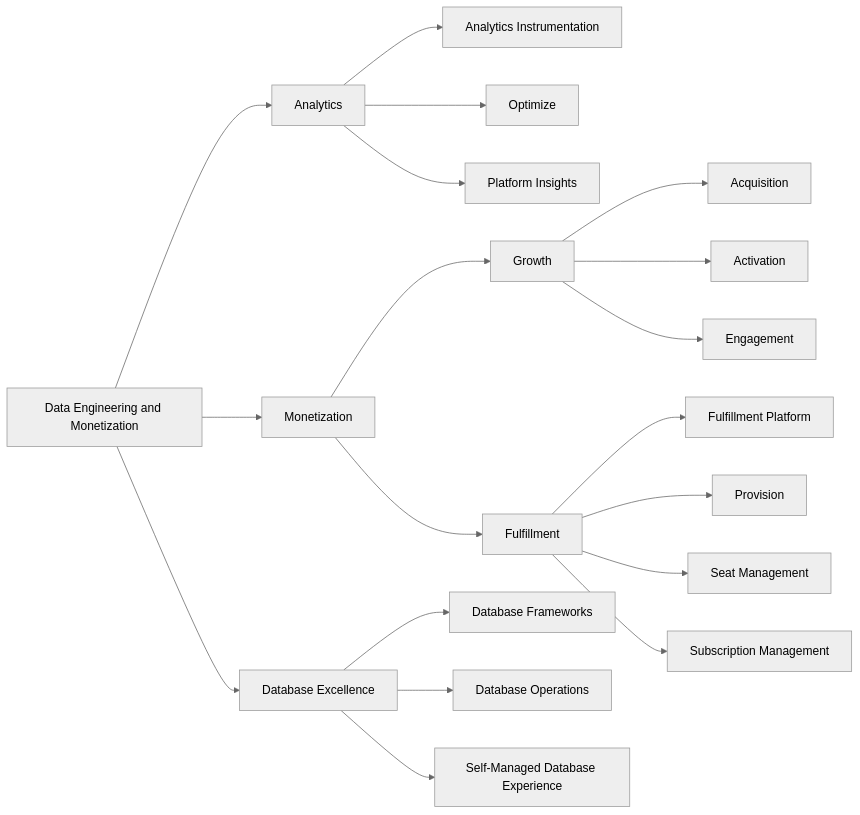
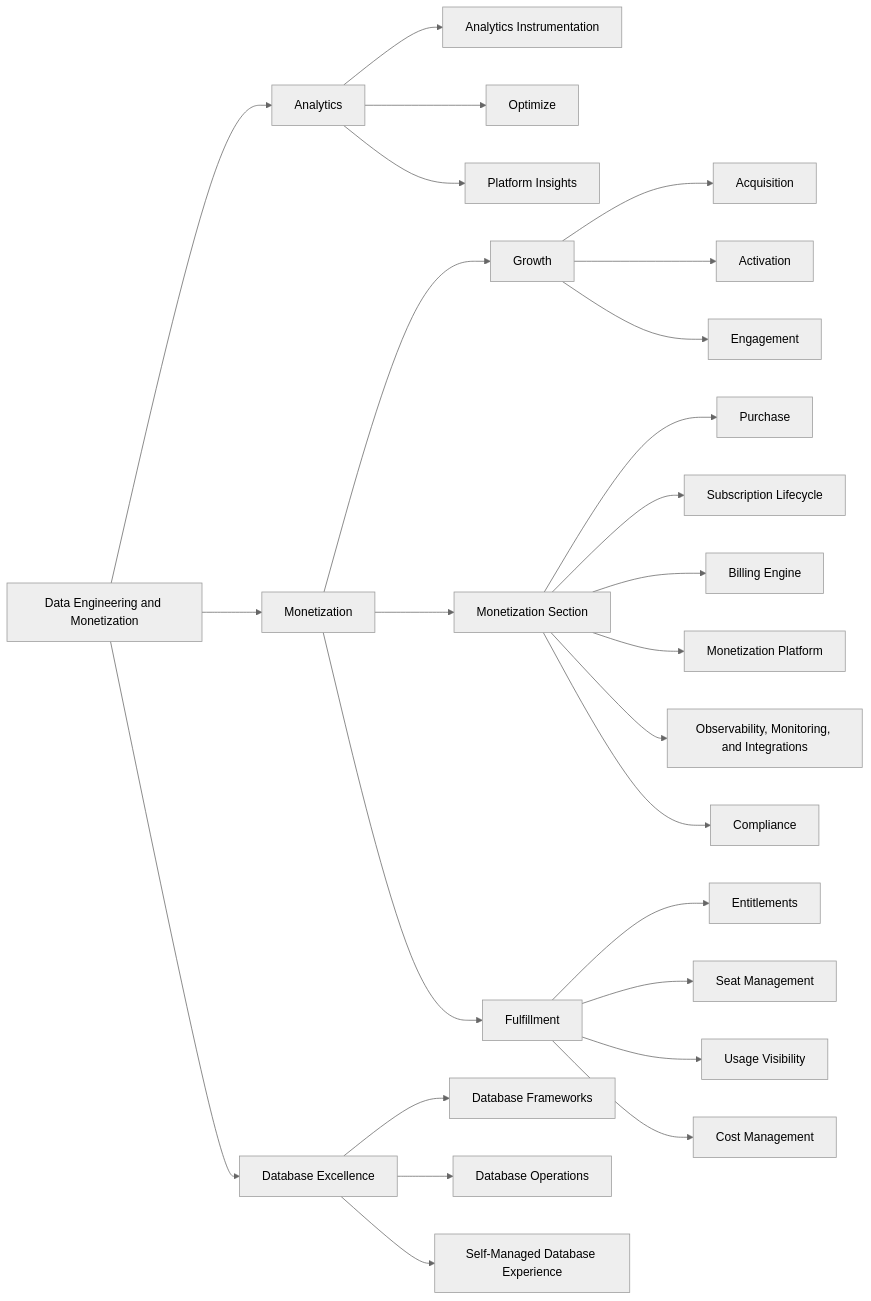
One commit to kyama0/gitlab-handbook-ja changed the diagram in content/handbook/engineering/data-engineering/_index.md. Above: the diagram before and after it, drawn with Mermaid (neutral theme). The commit also changed other lines of this file and 10 other files, not shown here.

````diff
--- a/content/handbook/engineering/data-engineering/_index.md
+++ b/content/handbook/engineering/data-engineering/_index.md
@@ -22,46 +22,51 @@
 ```mermaid
 flowchart LR
     DEAM[Data Engineering and Monetization]
     click DEAM "/handbook/engineering/data-engineering/"
 
     DEAM --> AN[Analytics]
     click AN "/handbook/engineering/data-engineering/analytics"
     DEAM --> MON[Monetization]
     DEAM --> DE[Database Excellence]
     click DE "/handbook/engineering/data-engineering/database-excellence/"
 
     AN --> AI[Analytics Instrumentation]
     click AI "/handbook/engineering/data-engineering/analytics/analytics-instrumentation"
     AN --> Optimize
     click Optimize "/handbook/engineering/data-engineering/analytics/optimize"
     AN --> PI[Platform Insights]
     click PI "/handbook/engineering/data-engineering/analytics/platform-insights"
 
     MON --> Growth
     click Growth "/handbook/engineering/development/growth"
+    MON --> MONS[Monetization Section]
+    click MONS "/handbook/engineering/development/monetization"
     MON --> Fulfillment
     click Fulfillment "/handbook/engineering/development/fulfillment"
 
-    Fulfillment --> FP[Fulfillment Platform]
-    click FP "/handbook/engineering/development/fulfillment/fulfillment-platform"
-    Fulfillment --> Provision
-    click Provision "/handbook/engineering/development/fulfillment/provision"
+    MONS --> PUR[Purchase]
+    MONS --> SUBL[Subscription Lifecycle]
+    MONS --> BE[Billing Engine]
+    MONS --> MP[Monetization Platform]
+    MONS --> OMI[Observability, Monitoring, and Integrations]
+    MONS --> COMP[Compliance]
+
+    Fulfillment --> ENT[Entitlements]
     Fulfillment --> SEATM[Seat Management]
-    click SEATM "/handbook/engineering/development/fulfillment/seat-management"
-    Fulfillment --> SUBM[Subscription Management]
-    click SUBM "/handbook/engineering/development/fulfillment/subscription-management"
+    Fulfillment --> UV[Usage Visibility]
+    Fulfillment --> CM[Cost Management]
 
     Growth --> Acquisition
     click Acquisition "/handbook/engineering/development/growth"
     Growth --> Activation
     click Activation "/handbook/engineering/development/growth"
     Growth --> Engagement
     click Engagement "/handbook/engineering/development/growth"
 
     DE --> DBF[Database Frameworks]
     click DBF "/handbook/engineering/data-engineering/database-excellence/database-frameworks"
     DE --> DBO[Database Operations]
     click DBO "/handbook/engineering/data-engineering/database-excellence/database-operations"
     DE --> SMDX[Self-Managed Database Experience]
     click SMDX "/handbook/engineering/data-engineering/database-excellence/self-managed-database-experience"
 ```
````
